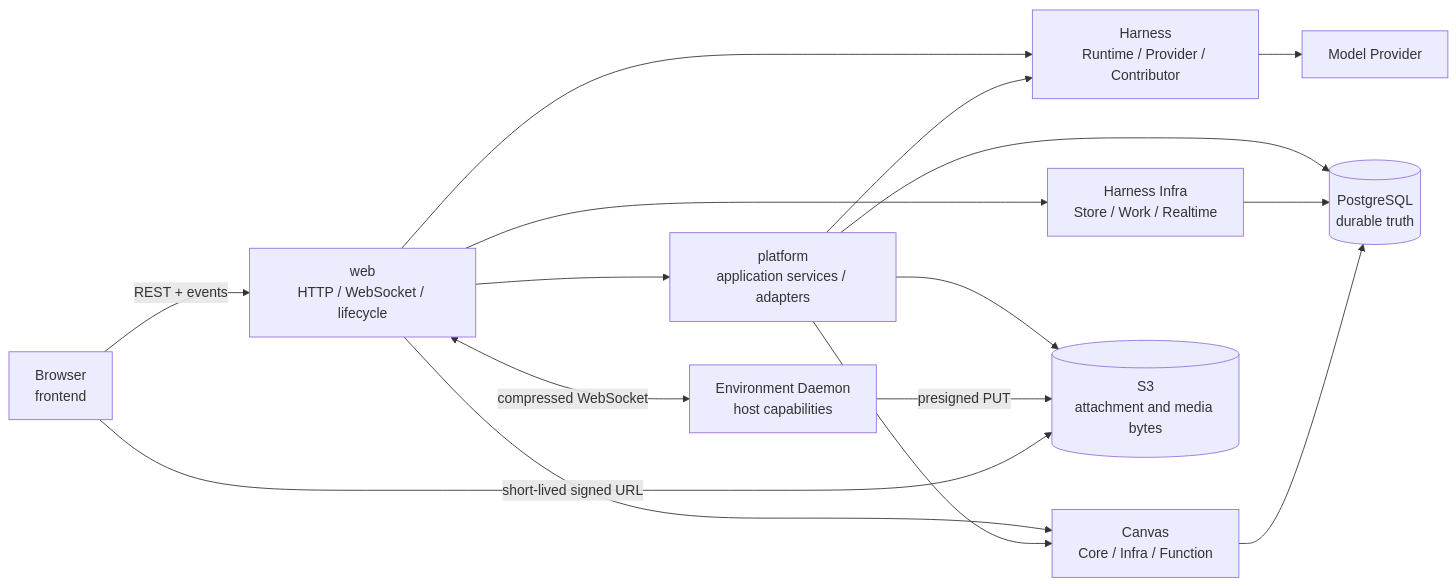
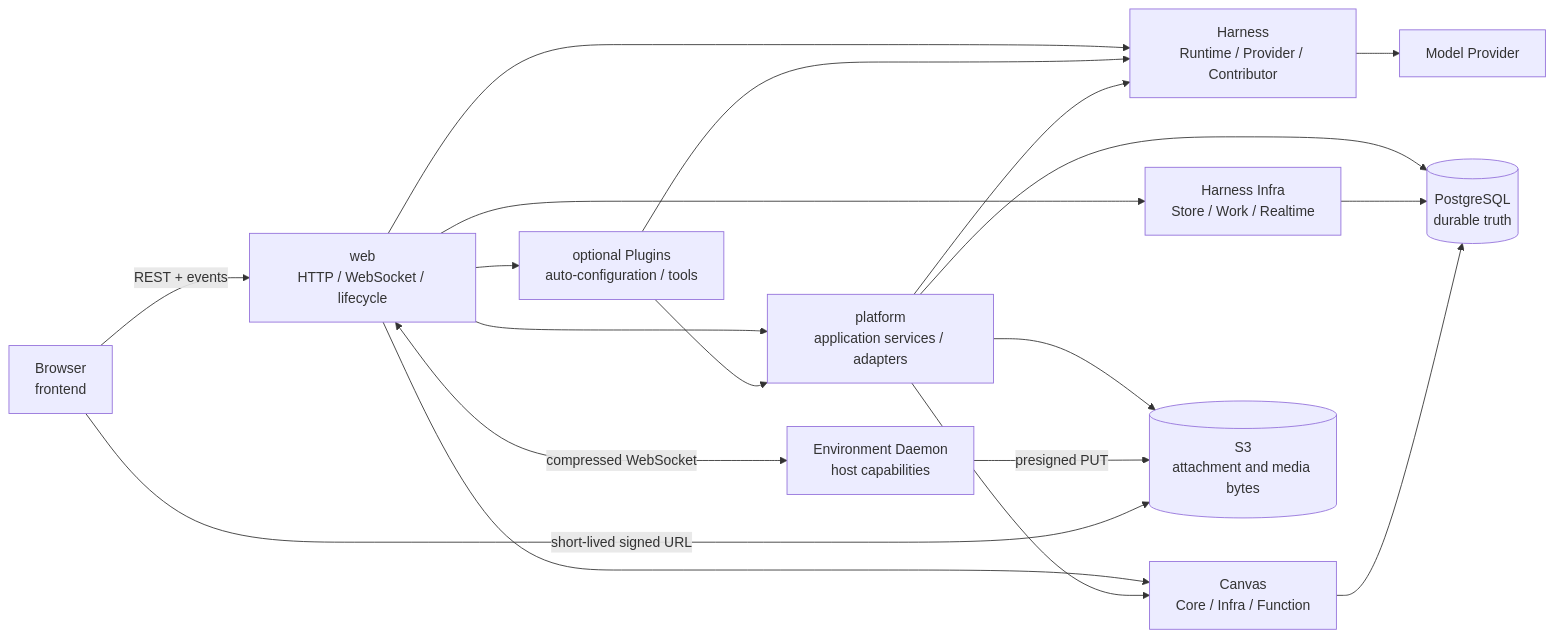
Before and after one commit to fengwk/kk-studio: the diagram in docs/system-design.md, drawn with Mermaid. The commit also changed other lines of this file and 15 other files, not shown here.

Commit message:
docs: define clean architecture and plugin model

````diff
--- a/docs/system-design.md
+++ b/docs/system-design.md
@@ -85,29 +257,33 @@
 ```mermaid
 flowchart LR
     Browser["Browser<br/>frontend"]
     Web["web<br/>HTTP / WebSocket / lifecycle"]
     Platform["platform<br/>application services / adapters"]
     Harness["Harness<br/>Runtime / Provider / Contributor"]
+    Plugins["optional Plugins<br/>auto-configuration / tools"]
     HarnessInfra["Harness Infra<br/>Store / Work / Realtime"]
     Canvas["Canvas<br/>Core / Infra / Function"]
     PG[("PostgreSQL<br/>durable truth")]
     S3[("S3<br/>attachment and media bytes")]
     Provider["Model Provider"]
     Daemon["Environment Daemon<br/>host capabilities"]
 
     Browser -->|REST + events| Web
     Web --> Platform
     Web --> Harness
+    Web --> Plugins
+    Plugins --> Platform
+    Plugins --> Harness
     Web --> HarnessInfra
     Web --> Canvas
     Platform --> Harness
     Platform --> Canvas
     Platform --> PG
     Platform --> S3
     HarnessInfra --> PG
     Canvas --> PG
     Harness --> Provider
     Web <-->|compressed WebSocket| Daemon
     Daemon -->|presigned PUT| S3
     Browser -->|short-lived signed URL| S3
 ```
````
